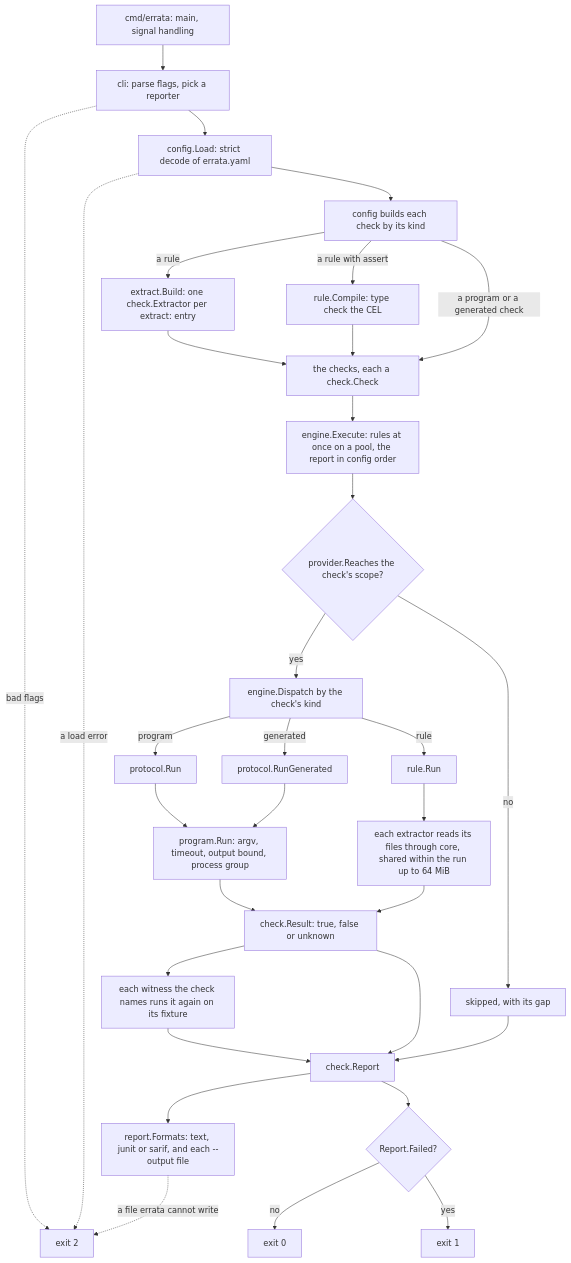
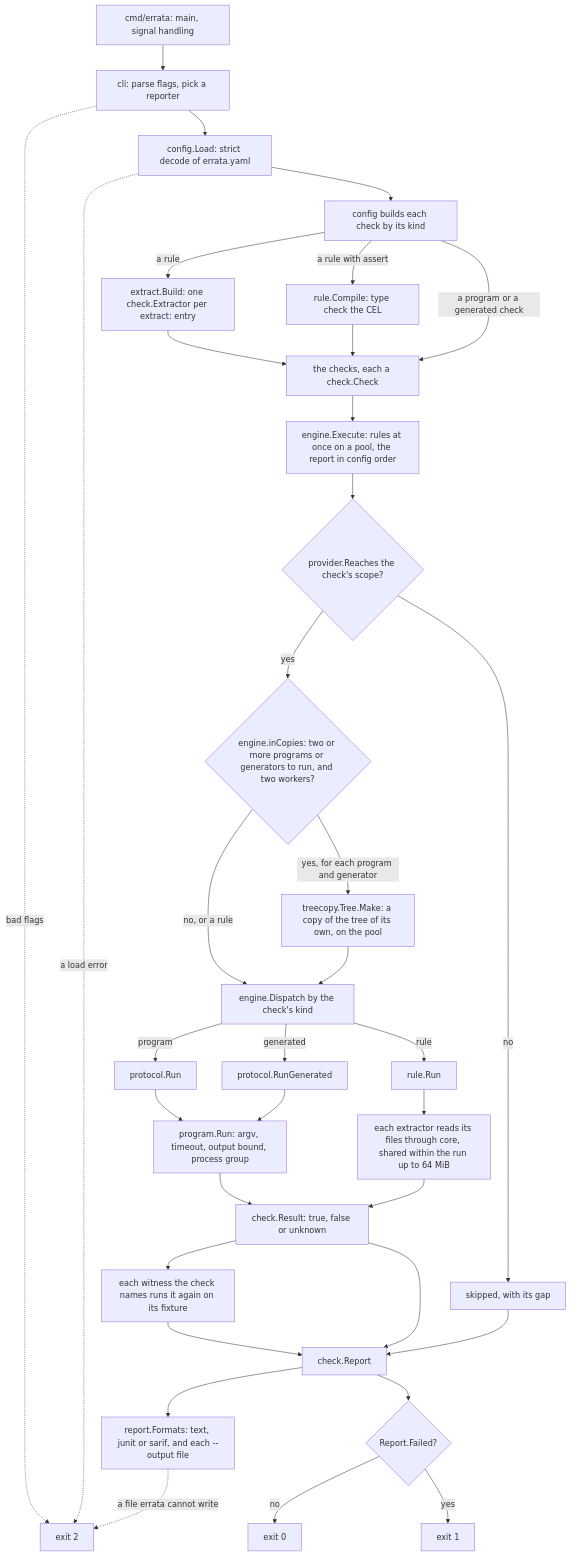
Before and after one commit to f-klement/errata: the first of 9 diagrams in docs/architecture.md, drawn with Mermaid. The commit also changed other lines of this file and 50 other files, not shown here.

First line of the commit message:
fix(treecopy): name the copy made past every spare so no sweep takes it

````diff
--- a/docs/architecture.md
+++ b/docs/architecture.md
@@ -24,34 +24,37 @@
 ```mermaid
 flowchart TD
     main["cmd/errata: main, signal handling"] --> cli["cli: parse flags, pick a reporter"]
     cli --> load["config.Load: strict decode of errata.yaml"]
     cli -.->|"bad flags"| usage
     load --> build["config builds each check by its kind"]
     build -->|"a rule"| ext["extract.Build: one check.Extractor per extract: entry"]
     build -->|"a rule with assert"| compile["rule.Compile: type check the CEL"]
     ext --> checks["the checks, each a check.Check"]
     compile --> checks
     build -->|"a program or a generated check"| checks
     load -.->|"a load error"| usage["exit 2"]
     checks --> exec["engine.Execute: rules at once on a pool, the report in config order"]
     exec --> reach{"provider.Reaches the check's scope?"}
     reach -->|"no"| skip["skipped, with its gap"]
-    reach -->|"yes"| dispatch["engine.Dispatch by the check's kind"]
+    reach -->|"yes"| copies{"engine.inCopies: two or more programs or generators to run, and two workers?"}
+    copies -->|"yes, for each program and generator"| copy["treecopy.Tree.Make: a copy of the tree of its own, on the pool"]
+    copies -->|"no, or a rule"| dispatch["engine.Dispatch by the check's kind"]
+    copy --> dispatch
     dispatch -->|"program"| prun["protocol.Run"]
     dispatch -->|"generated"| pgen["protocol.RunGenerated"]
     dispatch -->|"rule"| rrun["rule.Run"]
     prun --> proc["program.Run: argv, timeout, output bound, process group"]
     pgen --> proc
     rrun --> read["each extractor reads its files through core, shared within the run up to 64 MiB"]
     proc --> result["check.Result: true, false or unknown"]
     read --> result
     result --> witness["each witness the check names runs it again on its fixture"]
     witness --> rep["check.Report"]
     result --> rep
     skip --> rep
     rep --> write["report.Formats: text, junit or sarif, and each --output file"]
     write -.->|"a file errata cannot write"| usage
     rep --> code{"Report.Failed?"}
     code -->|"no"| ok["exit 0"]
     code -->|"yes"| errata["exit 1"]
 ```
````
